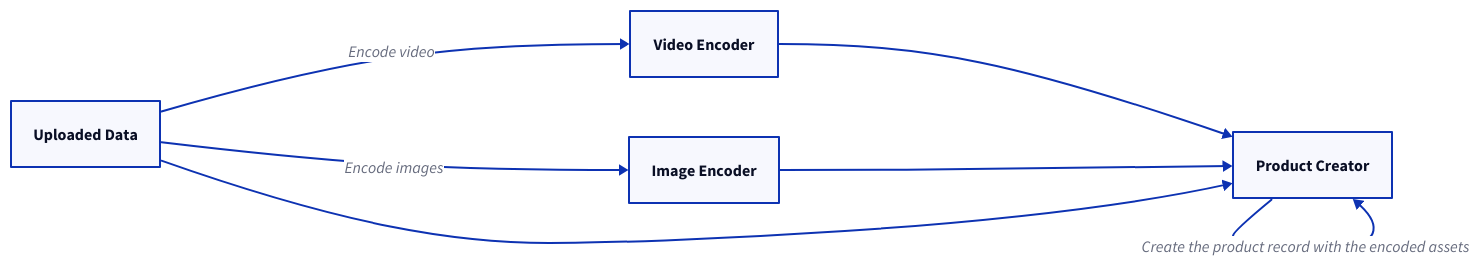
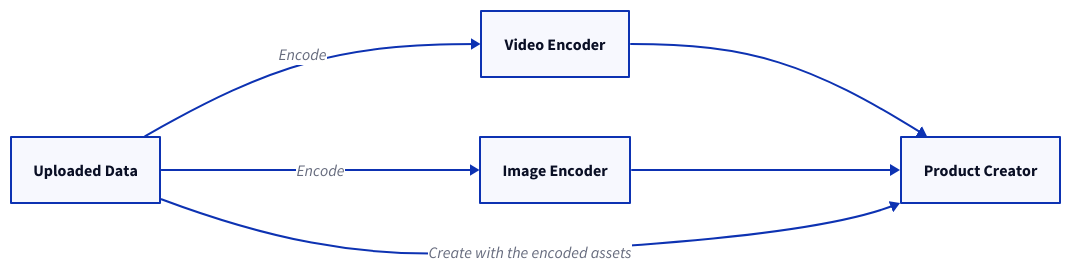
The fourth of 11 diagrams in content/docs/design-patterns/distributed-job-patterns.md (link1905/system-design-101), drawn with D2 before and after one commit. The commit also changed other lines of this file and 11 other files, not shown here.

````diff
--- a/content/docs/design-patterns/distributed-job-patterns.md
+++ b/content/docs/design-patterns/distributed-job-patterns.md
@@ -144,21 +136,20 @@
 ```d2
 direction: right
 p: Uploaded Data {
-    class: storage
+    class: resource
 }
 v: Video Encoder {  
     class: process
 }
 i: Image Encoder {
     class: process
 }
 ps: Product Creator {
     class: process    
 }
-p -> v: Encode video
-p -> i: Encode images
+p -> v: Encode
+p -> i: Encode
 v -> ps
 i -> ps
-p -> ps
-ps -> ps: Create the product record with the encoded assets
+p -> ps: Create with the encoded assets
 ```
````
